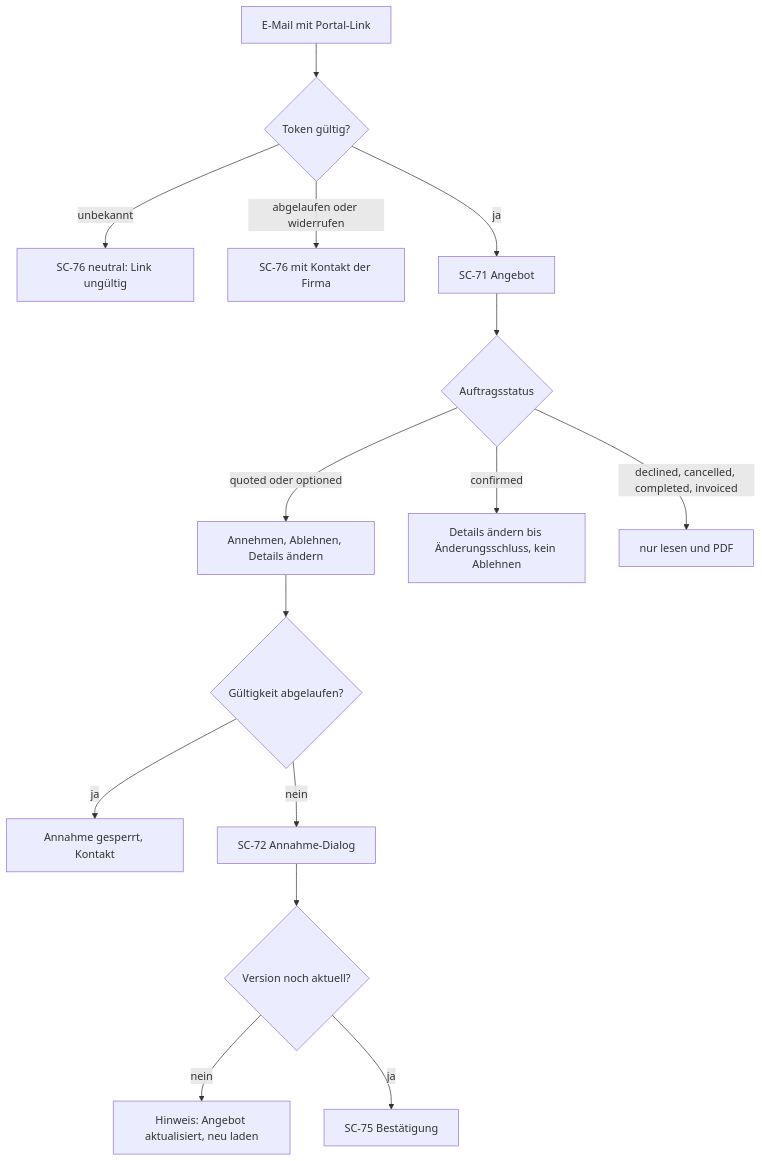
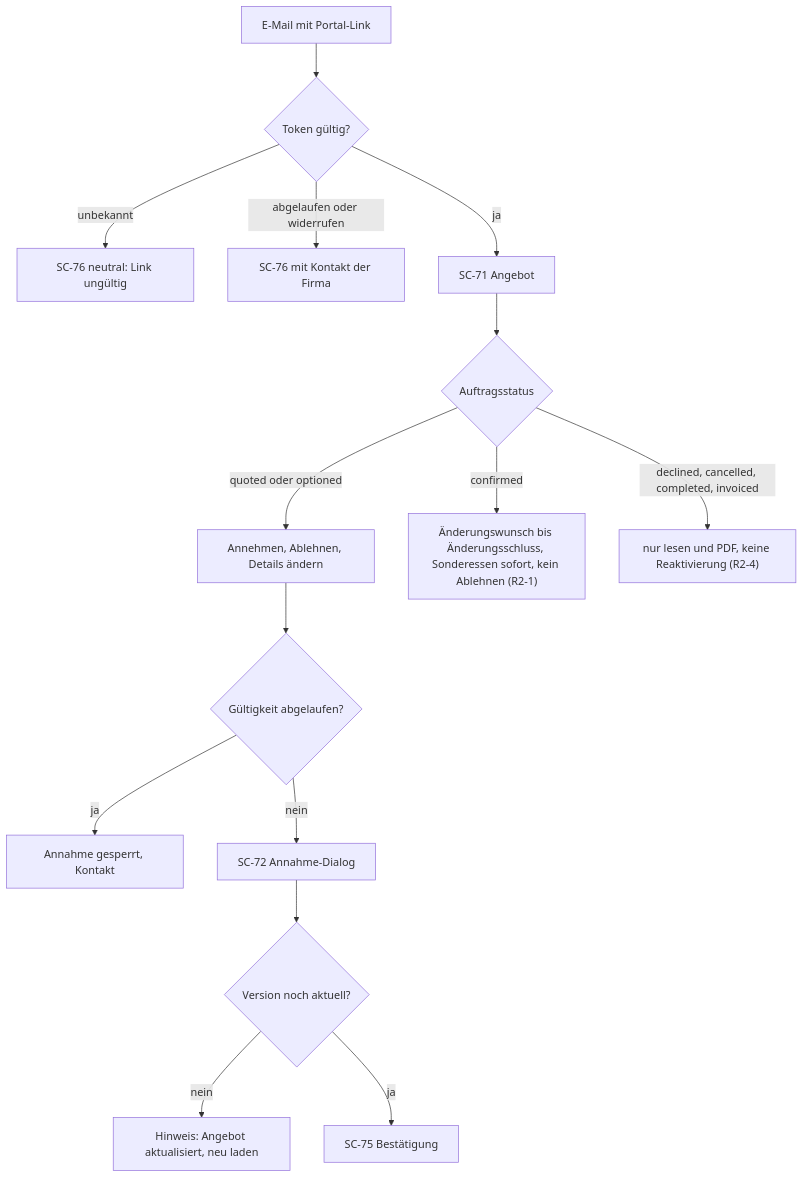
The fourth of 4 diagrams in docs/04-screens-ux.md (Maddin1337/catering-app), drawn with Mermaid before and after one commit. The commit also changed other lines of this file and 3 other files, not shown here.

````diff
--- a/docs/04-screens-ux.md
+++ b/docs/04-screens-ux.md
@@ -992,17 +1003,17 @@
 ```mermaid
 flowchart TD
     E["E-Mail mit Portal-Link"] --> V{"Token gültig?"}
     V -- "unbekannt" --> X1["SC-76 neutral: Link ungültig"]
     V -- "abgelaufen oder widerrufen" --> X2["SC-76 mit Kontakt der Firma"]
     V -- "ja" --> P["SC-71 Angebot"]
     P --> Q{"Auftragsstatus"}
     Q -- "quoted oder optioned" --> AK["Annehmen, Ablehnen, Details ändern"]
-    Q -- "confirmed" --> C["Details ändern bis Änderungsschluss, kein Ablehnen"]
-    Q -- "declined, cancelled, completed, invoiced" --> RO["nur lesen und PDF"]
+    Q -- "confirmed" --> C["Änderungswunsch bis Änderungsschluss, Sonderessen sofort, kein Ablehnen (R2-1)"]
+    Q -- "declined, cancelled, completed, invoiced" --> RO["nur lesen und PDF, keine Reaktivierung (R2-4)"]
     AK --> G{"Gültigkeit abgelaufen?"}
     G -- "ja" --> GX["Annahme gesperrt, Kontakt"]
     G -- "nein" --> D["SC-72 Annahme-Dialog"]
     D --> R{"Version noch aktuell?"}
     R -- "nein" --> RL["Hinweis: Angebot aktualisiert, neu laden"]
     R -- "ja" --> OK["SC-75 Bestätigung"]
 ```
````
